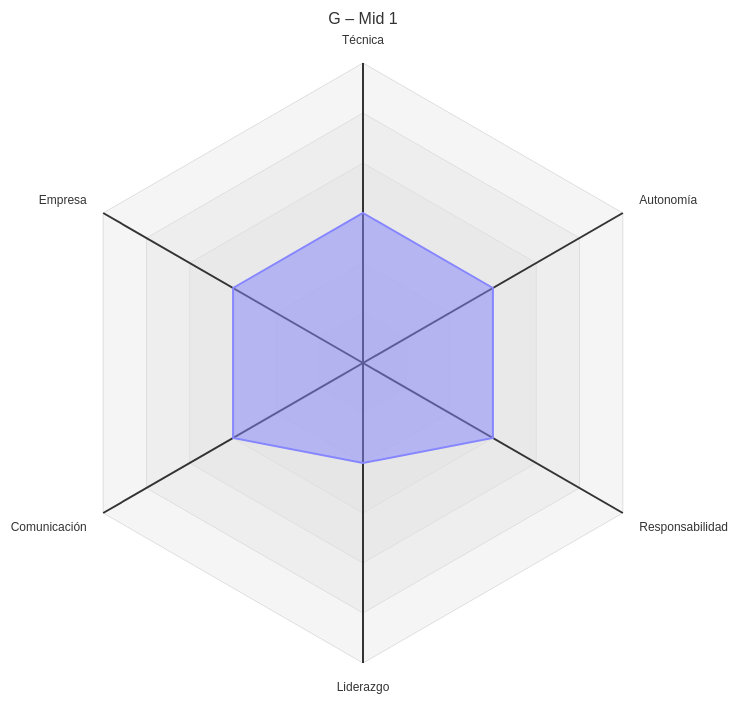
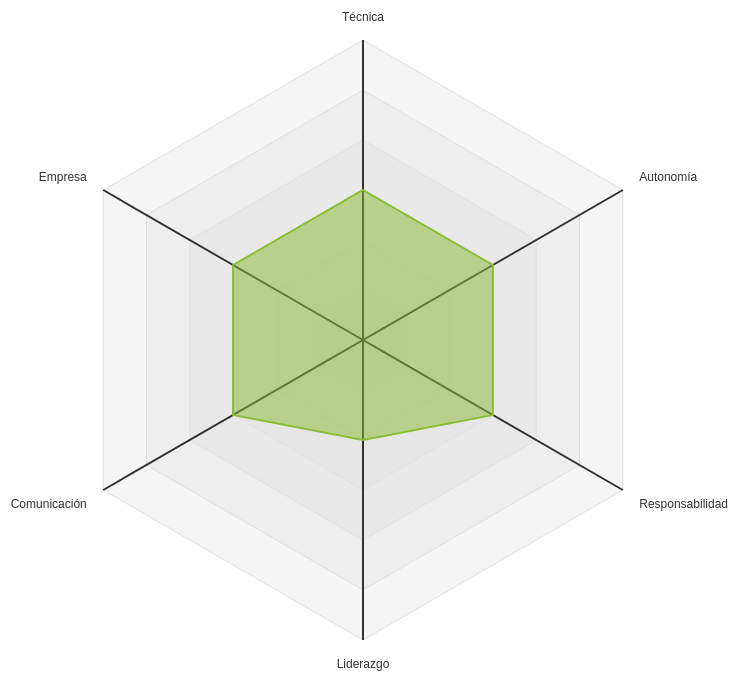
Before and after one commit to javigallego-tech/carrera-profesional-ti: the third of 9 diagrams in perfiles-por-nivel.md, drawn with Mermaid. The commit also changed other lines of this file and 1 other file, not shown here.

````diff
--- a/perfiles-por-nivel.md
+++ b/perfiles-por-nivel.md
@@ -43,13 +45,14 @@
 ```mermaid
 ---
-title: "G – Mid 1"
+config:
+  themeVariables:
+    cScale0: "#89BE34"
 ---
 radar-beta
   axis t["Técnica"], a["Autonomía"], r["Responsabilidad"], l["Liderazgo"], c["Comunicación"], e["Empresa"]
   curve n["Mínimo"]{3, 3, 3, 2, 3, 3}
   max 6
-  min 0
   ticks 6
   graticule polygon
   showLegend false
 ```
````
